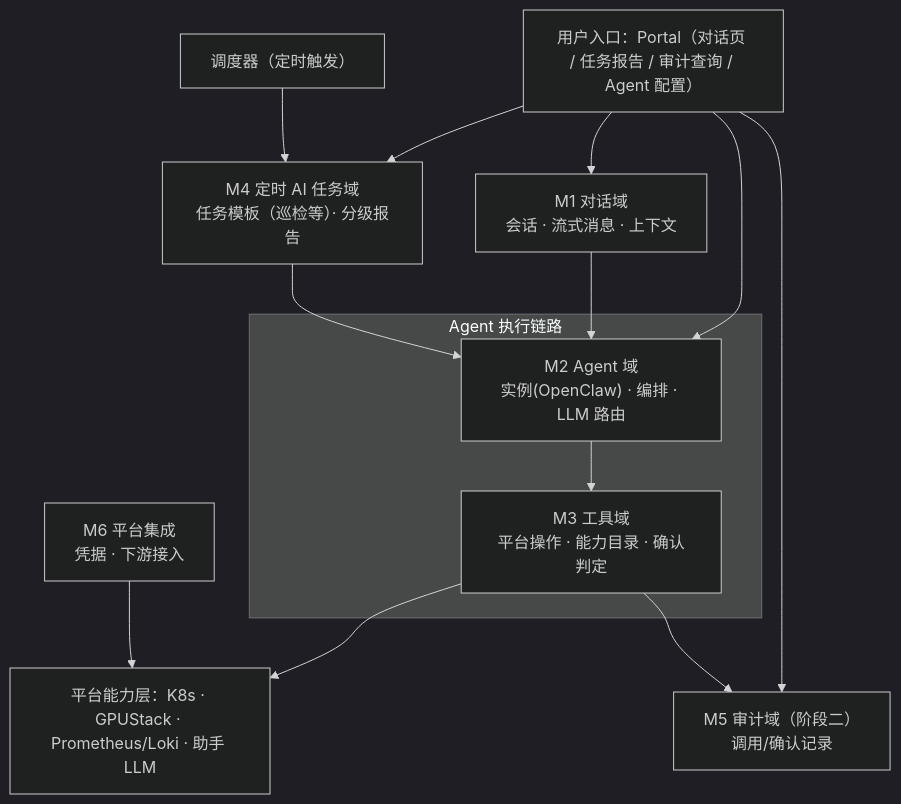
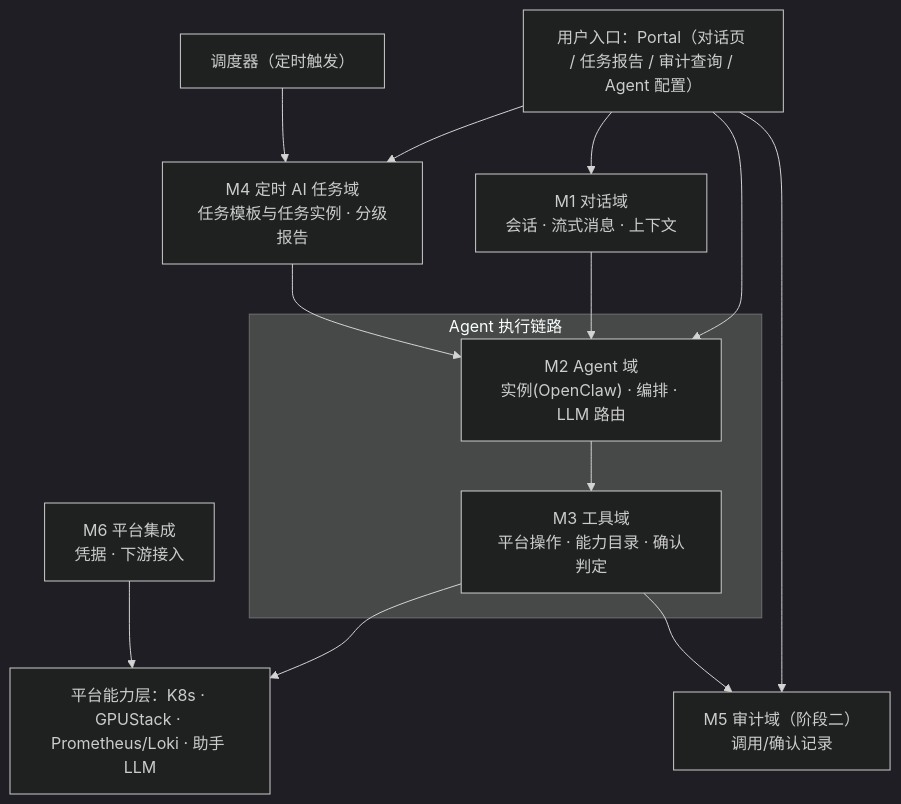
One commit to suanova/cubepilot changed the first of 5 diagrams in docs/cubepilot/CubeStack-平台智能助手-CubePilot-模块设计文档.md. Above: the diagram before and after it, drawn with Mermaid (dark theme). The commit also changed other lines of this file and 1 other file, not shown here.

````diff
--- a/docs/cubepilot/CubeStack-平台智能助手-CubePilot-模块设计文档.md
+++ b/docs/cubepilot/CubeStack-平台智能助手-CubePilot-模块设计文档.md
@@ -98,29 +100,29 @@
 ```mermaid
 flowchart TB
     U["用户入口：Portal（对话页 / 任务报告 / 审计查询 / Agent 配置）"]
 
     S["调度器（定时触发）"]
     M1["M1 对话域<br/>会话 · 流式消息 · 上下文"]
-    M4["M4 定时 AI 任务域<br/>任务模板（巡检等）· 分级报告"]
+    M4["M4 定时 AI 任务域<br/>任务模板与任务实例 · 分级报告"]
 
     subgraph exec["Agent 执行链路"]
         M2["M2 Agent 域<br/>实例(OpenClaw) · 编排 · LLM 路由"]
         M3["M3 工具域<br/>平台操作 · 能力目录 · 确认判定"]
         M2 --> M3
     end
 
     M5["M5 审计域（阶段二）<br/>调用/确认记录"]
     M6["M6 平台集成<br/>凭据 · 下游接入"]
     P["平台能力层：K8s · GPUStack · Prometheus/Loki · 助手 LLM"]
 
     U --> M1
     U --> M2
     U --> M4
     U --> M5
     S --> M4
     M1 --> M2
     M4 --> M2
     M3 --> P
     M3 --> M5
     M6 --> P
 ```
````
